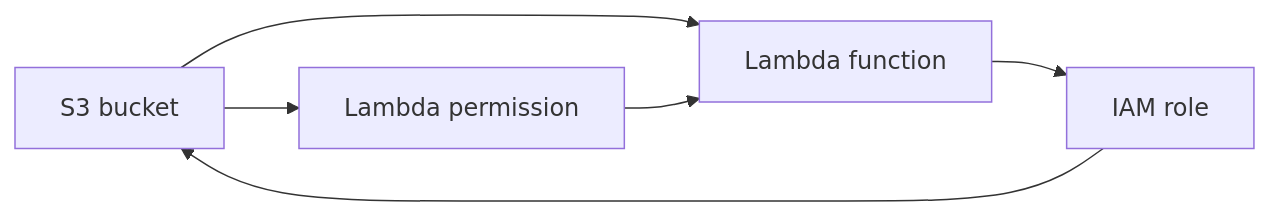
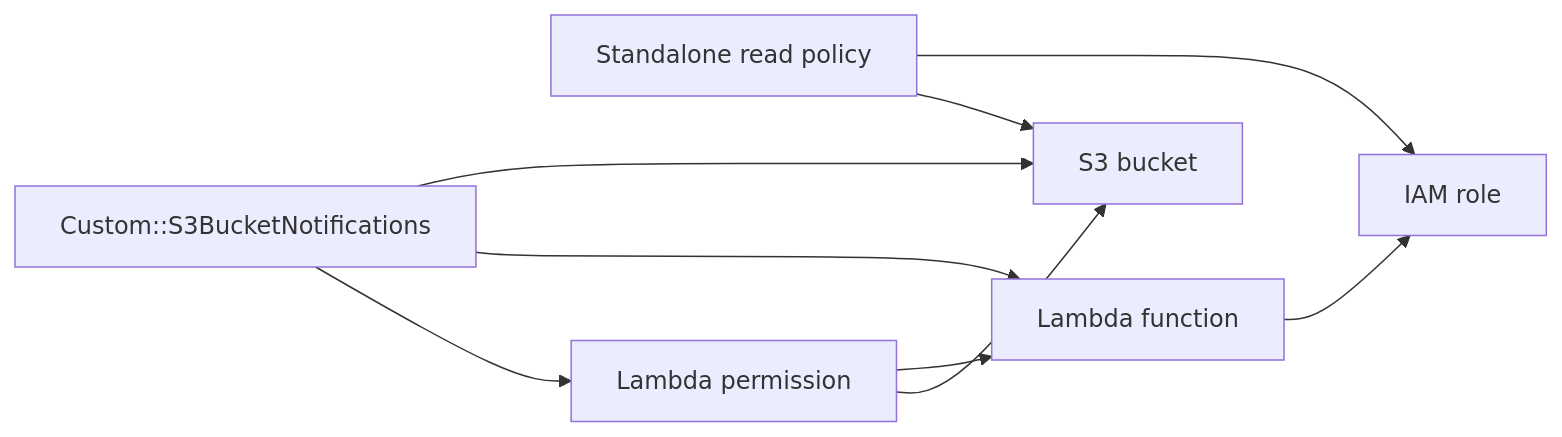
The third of 3 diagrams in lib/s3-lambda/README.md (proton0210/aws-cdk-cyclic-dependency-patterns), drawn with Mermaid before and after one commit. The commit also changed other lines of this file and 15 other files, not shown here.

````diff
--- a/lib/s3-lambda/README.md
+++ b/lib/s3-lambda/README.md
@@ -7,8 +101,11 @@
 ```mermaid
 flowchart LR
-  Bucket[S3 bucket] --> Function[Lambda function]
-  Function --> Role[IAM role]
-  Role --> Bucket
-  Bucket --> Permission[Lambda permission]
-  Permission --> Function
+  Function[Lambda function] --> Role[IAM role]
+  ReadPolicy[Standalone read policy] --> Role
+  ReadPolicy --> Bucket[S3 bucket]
+  Permission[Lambda permission] --> Function
+  Permission --> Bucket
+  Apply[Custom::S3BucketNotifications] --> Bucket
+  Apply --> Function
+  Apply --> Permission
 ```
````
